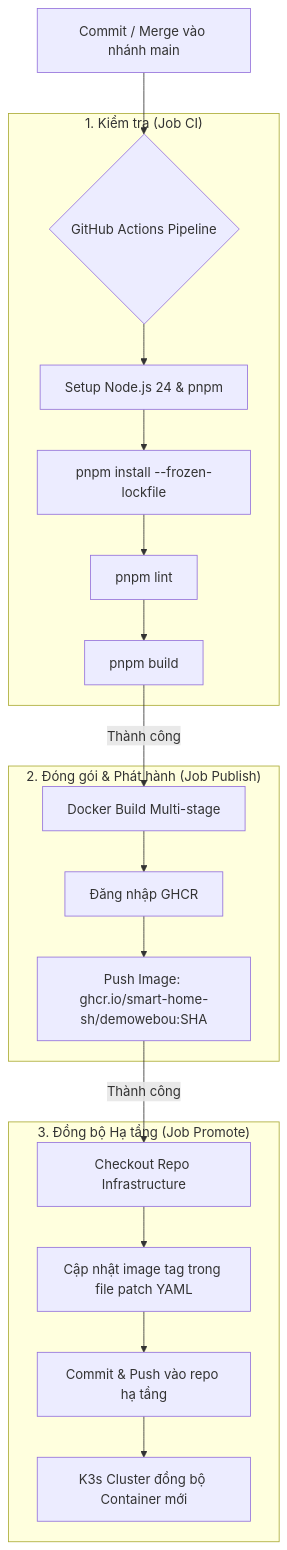
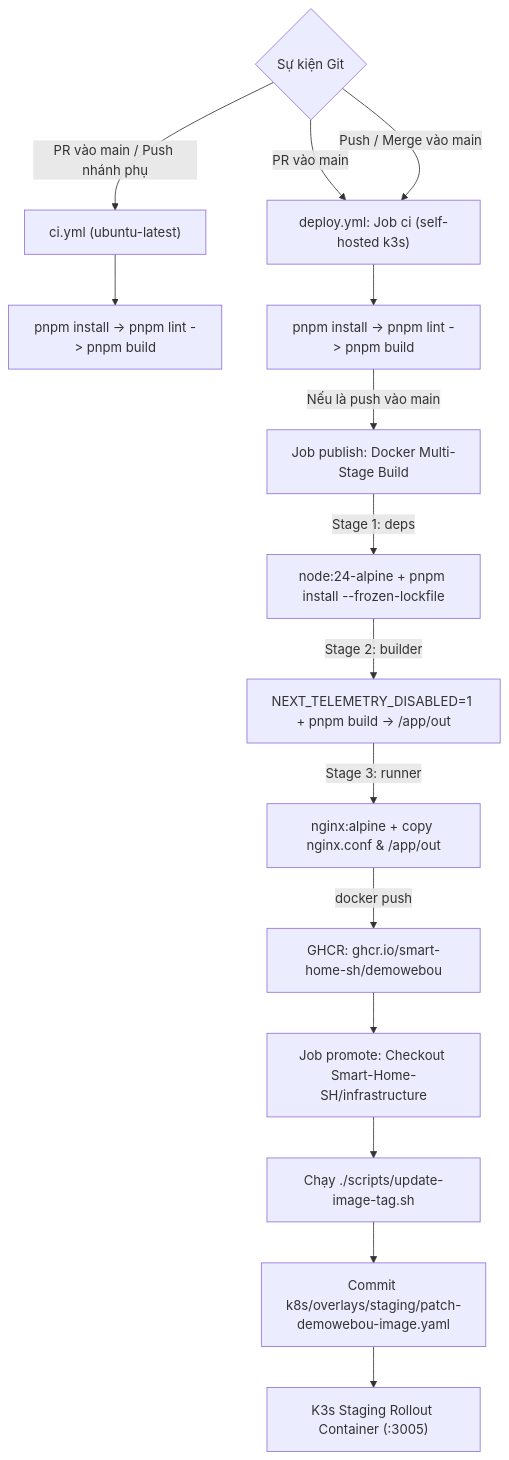
One commit to JxctDongPhuong/Web_viet_han changed the fourth of 4 diagrams in WORKFLOW.md. Above: the diagram before and after it, drawn with Mermaid. The commit also changed other lines of this file, not shown here.

````diff
--- a/WORKFLOW.md
+++ b/WORKFLOW.md
@@ -134,24 +369,20 @@
 ```mermaid
 flowchart TD
-    A[Commit / Merge vào nhánh main] --> B{GitHub Actions Pipeline}
-    
-    subgraph Stage1_CI["1. Kiểm tra (Job CI)"]
-        B --> C1[Setup Node.js 24 & pnpm]
-        C1 --> C2[pnpm install --frozen-lockfile]
-        C2 --> C3[pnpm lint]
-        C3 --> C4[pnpm build]
-    end
+    Event{"Sự kiện Git"} -->|"PR vào main / Push nhánh phụ"| CI_YML["ci.yml (ubuntu-latest)"]
+    Event -->|"PR vào main"| Deploy_CI["deploy.yml: Job ci (self-hosted k3s)"]
+    Event -->|"Push / Merge vào main"| Deploy_CI
 
-    subgraph Stage2_Publish["2. Đóng gói & Phát hành (Job Publish)"]
-        C4 -->|Thành công| D1[Docker Build Multi-stage]
-        D1 --> D2[Đăng nhập GHCR]
-        D2 --> D3[Push Image: ghcr.io/smart-home-sh/demowebou:SHA]
-    end
+    CI_YML --> Check1["pnpm install -> pnpm lint -> pnpm build"]
+    Deploy_CI --> Check2["pnpm install -> pnpm lint -> pnpm build"]
 
-    subgraph Stage3_Promote["3. Đồng bộ Hạ tầng (Job Promote)"]
-        D3 -->|Thành công| E1[Checkout Repo Infrastructure]
-        E1 --> E2[Cập nhật image tag trong file patch YAML]
-        E2 --> E3[Commit & Push vào repo hạ tầng]
-        E3 --> E4[K3s Cluster đồng bộ Container mới]
-    end
+    Check2 -->|"Nếu là push vào main"| Publish["Job publish: Docker Multi-Stage Build"]
+    Publish -->|"Stage 1: deps"| S1["node:24-alpine + pnpm install --frozen-lockfile"]
+    S1 -->|"Stage 2: builder"| S2["NEXT_TELEMETRY_DISABLED=1 + pnpm build -> /app/out"]
+    S2 -->|"Stage 3: runner"| S3["nginx:alpine + copy nginx.conf & /app/out"]
+    S3 -->|"docker push"| GHCR["GHCR: ghcr.io/smart-home-sh/demowebou"]
+
+    GHCR --> Promote["Job promote: Checkout Smart-Home-SH/infrastructure"]
+    Promote --> Script["Chạy ./scripts/update-image-tag.sh"]
+    Script --> Patch["Commit k8s/overlays/staging/patch-demowebou-image.yaml"]
+    Patch --> K3sRollout["K3s Staging Rollout Container (:3005)"]
 ```
````
